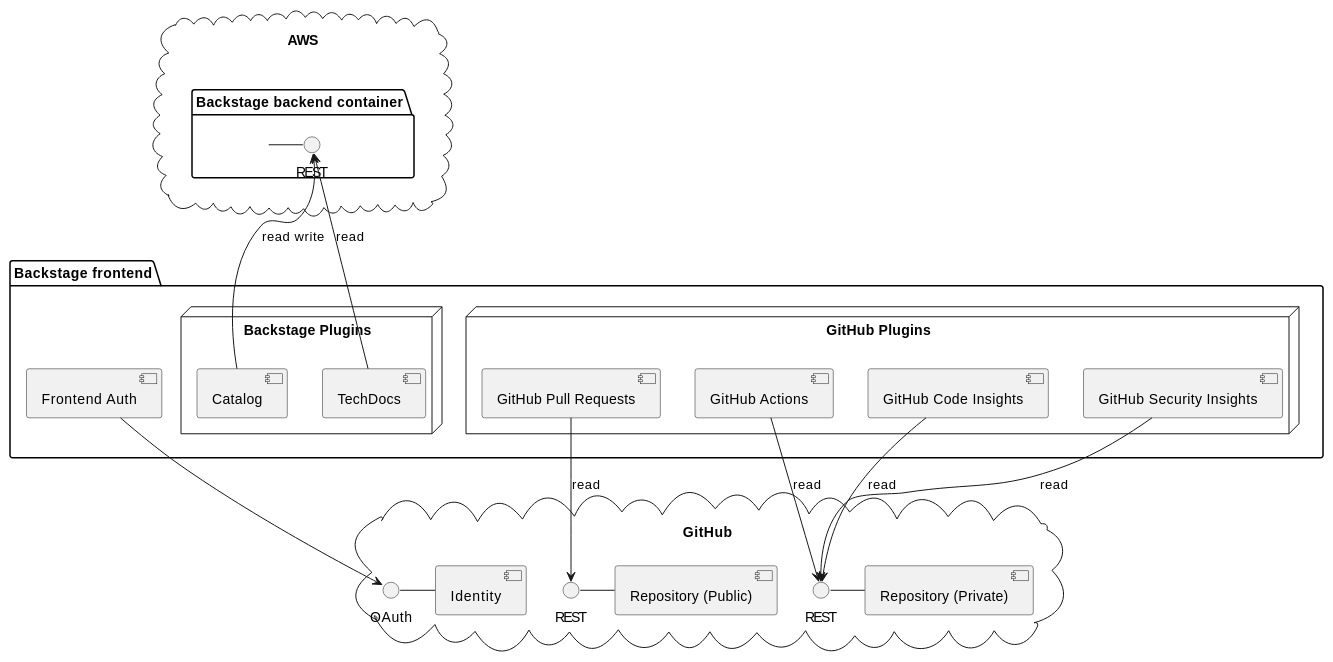
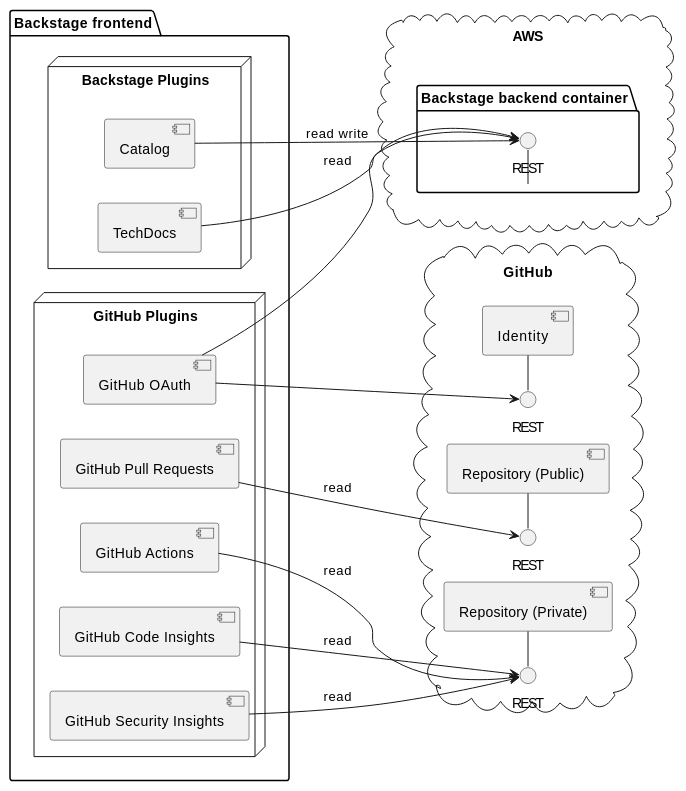
The fourth of 4 diagrams in docs/deployment.md (keyluck/lighthouse-backstage), drawn with PlantUML before and after one commit. The commit also changed other lines of this file, not shown here.

````diff
--- a/docs/deployment.md
+++ b/docs/deployment.md
@@ -81,36 +150,38 @@
 ```plantuml
+left to right direction
 cloud "AWS\n" {
   package "Backstage backend container" {
     interface "REST" as BackstageAPI
     BackstageAPI - [Backstage backend container]
   }
 }
 
 package "Backstage frontend" {
-  [Frontend Auth]
+ 
   node "GitHub Plugins\n" {
+    [GitHub OAuth] --> BackstageAPI 
     [GitHub Pull Requests] 
     [GitHub Actions]
     [GitHub Code Insights]
     [GitHub Security Insights]
   }
   node "Backstage Plugins\n" {
-    [Catalog] -up-> BackstageAPI : "read write"
+    [Catalog] --> BackstageAPI : "read write"
     [TechDocs] --> BackstageAPI : read
   }
 }
 
 cloud "GitHub\n" {
   interface "REST" as RepoAPI
   interface "REST" as RepoPrivateAPI
+  interface "REST" as OAuth
   RepoAPI - [Repository (Public)]
   RepoPrivateAPI - [Repository (Private)]
   OAuth - [Identity]
-  [Frontend Auth] --> [OAuth]
+  [GitHub OAuth] --> [OAuth]
   [GitHub Pull Requests] --> RepoAPI : read
   [GitHub Actions] --> RepoPrivateAPI : read
   [GitHub Code Insights] --> RepoPrivateAPI : read
   [GitHub Security Insights] --> RepoPrivateAPI : read
 }
-
 ```
````
